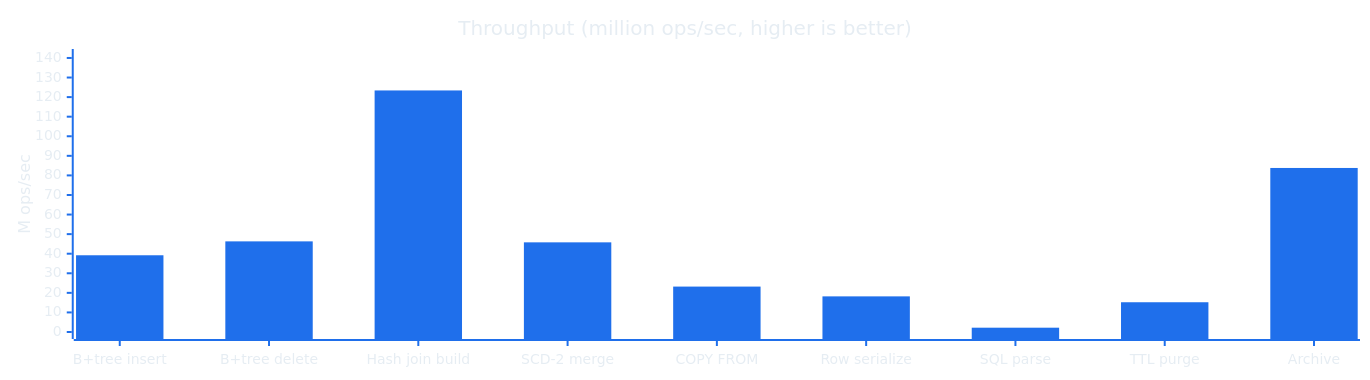
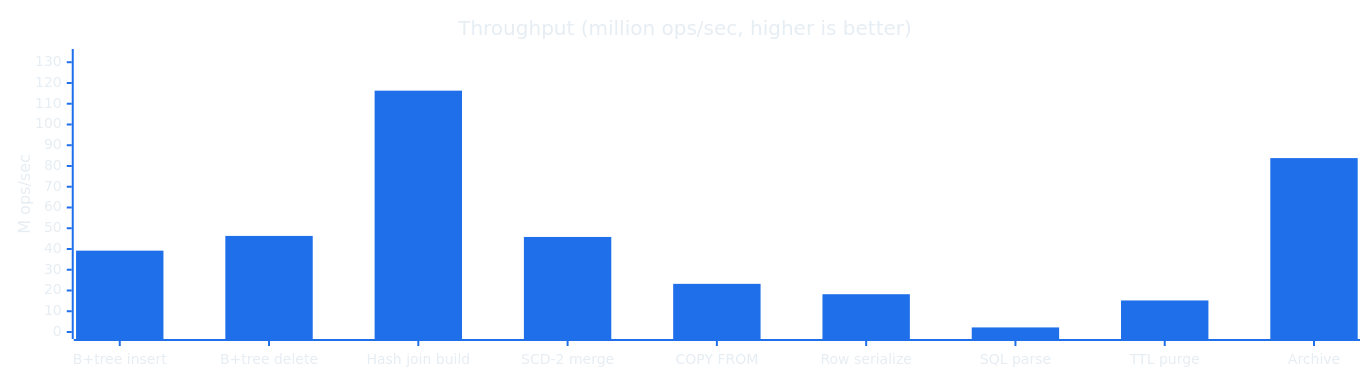
One commit to DataDalton/Zyron changed the third of 4 diagrams in README.md. Above: the diagram before and after it, drawn with Mermaid. The commit also changed other lines of this file and 13 other files, not shown here.

````diff
--- a/README.md
+++ b/README.md
@@ -216,8 +216,8 @@
 ```mermaid
 %%{init: {'theme':'base','themeVariables':{'xyChart':{'backgroundColor':'transparent','titleColor':'#e6edf3','xAxisLabelColor':'#e6edf3','xAxisTitleColor':'#e6edf3','xAxisTickColor':'#1f6feb','xAxisLineColor':'#1f6feb','yAxisLabelColor':'#e6edf3','yAxisTitleColor':'#e6edf3','yAxisTickColor':'#1f6feb','yAxisLineColor':'#1f6feb','plotColorPalette':'#1f6feb'}},'xyChart':{'width':1350,'height':360}}}%%
 xychart-beta
     title "Throughput (million ops/sec, higher is better)"
     x-axis ["B+tree insert", "B+tree delete", "Hash join build", "SCD-2 merge", "COPY FROM", "Row serialize", "SQL parse", "TTL purge", "Archive"]
-    y-axis "M ops/sec" 0 --> 141
-    bar [39.2, 46.3, 123.4, 45.8, 23.2, 18.2, 2.2, 15.2, 83.8]
+    y-axis "M ops/sec" 0 --> 133
+    bar [39.2, 46.3, 116.3, 45.8, 23.2, 18.2, 2.2, 15.2, 83.8]
 ```
````
